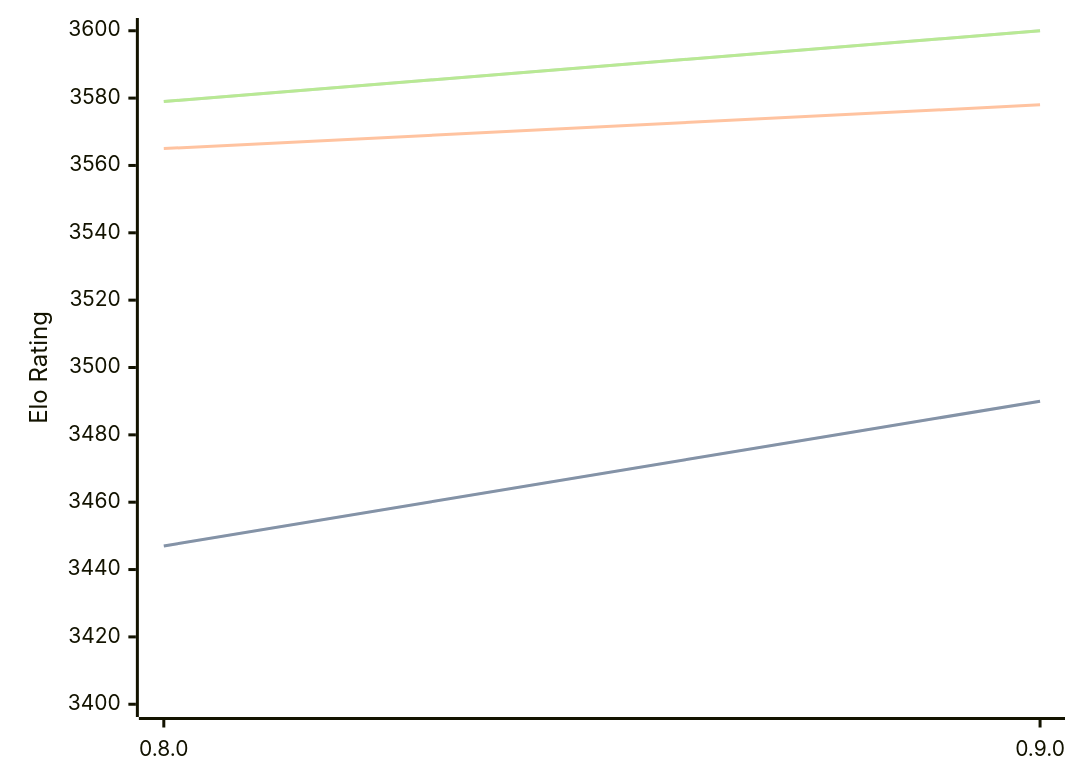
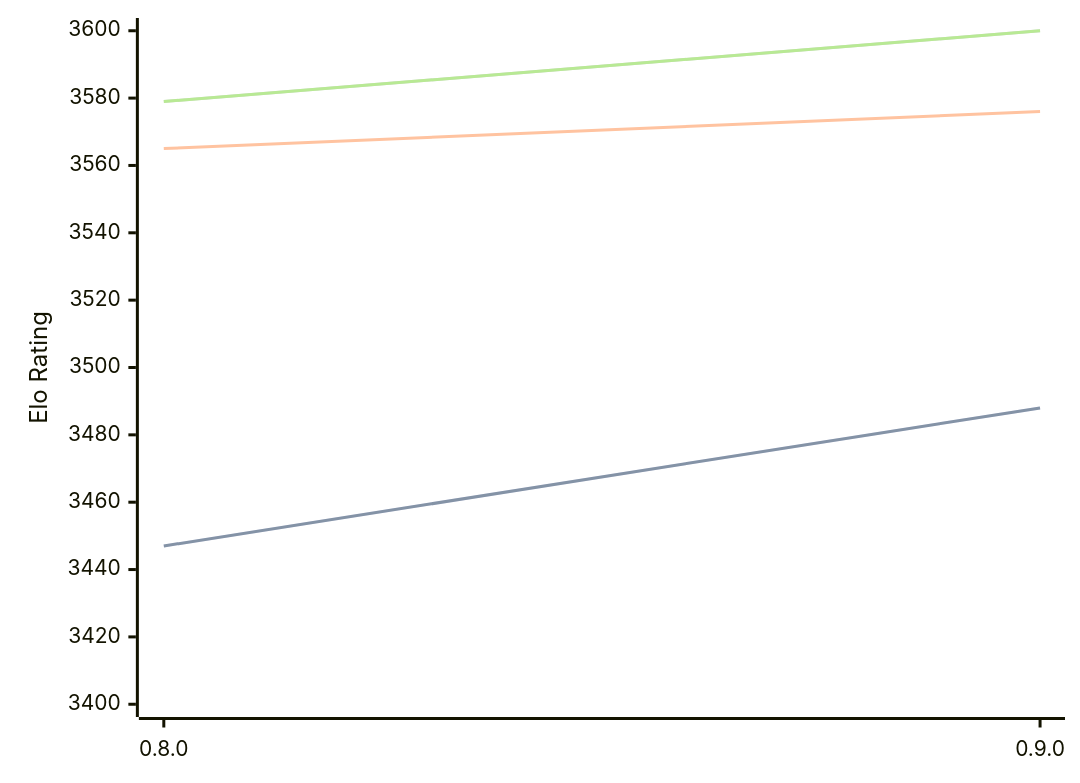
Before and after one commit to computer-chess-index/cci: the diagram in engines/Reckless.md, drawn with Mermaid. The commit also changed other lines of this file, not shown here.

````diff
--- a/engines/Reckless.md
+++ b/engines/Reckless.md
@@ -32,11 +32,11 @@
 ```mermaid
 %%{init: {"theme":"base","themeVariables":{"seriesColors:['#a3a3a3','#222221','#faa371']}}}%%
 xychart-beta
   x-axis ["0.8.0", "0.9.0"]
   y-axis "Elo Rating" 3400 --> 3600
-  line "" [3447, 3490]
-  line "STC (8.0+0.08s)" [3447, 3490]
-  line "LTC (60.0+0.60s)" [3565, 3578]
+  line "" [3447, 3488]
+  line "STC (8.0+0.08s)" [3447, 3488]
+  line "LTC (60.0+0.60s)" [3565, 3576]
   line "" [3579, 3600]
   line "VLTC (2m24s+1.12s)" [3579, 3600]
 ```
````
